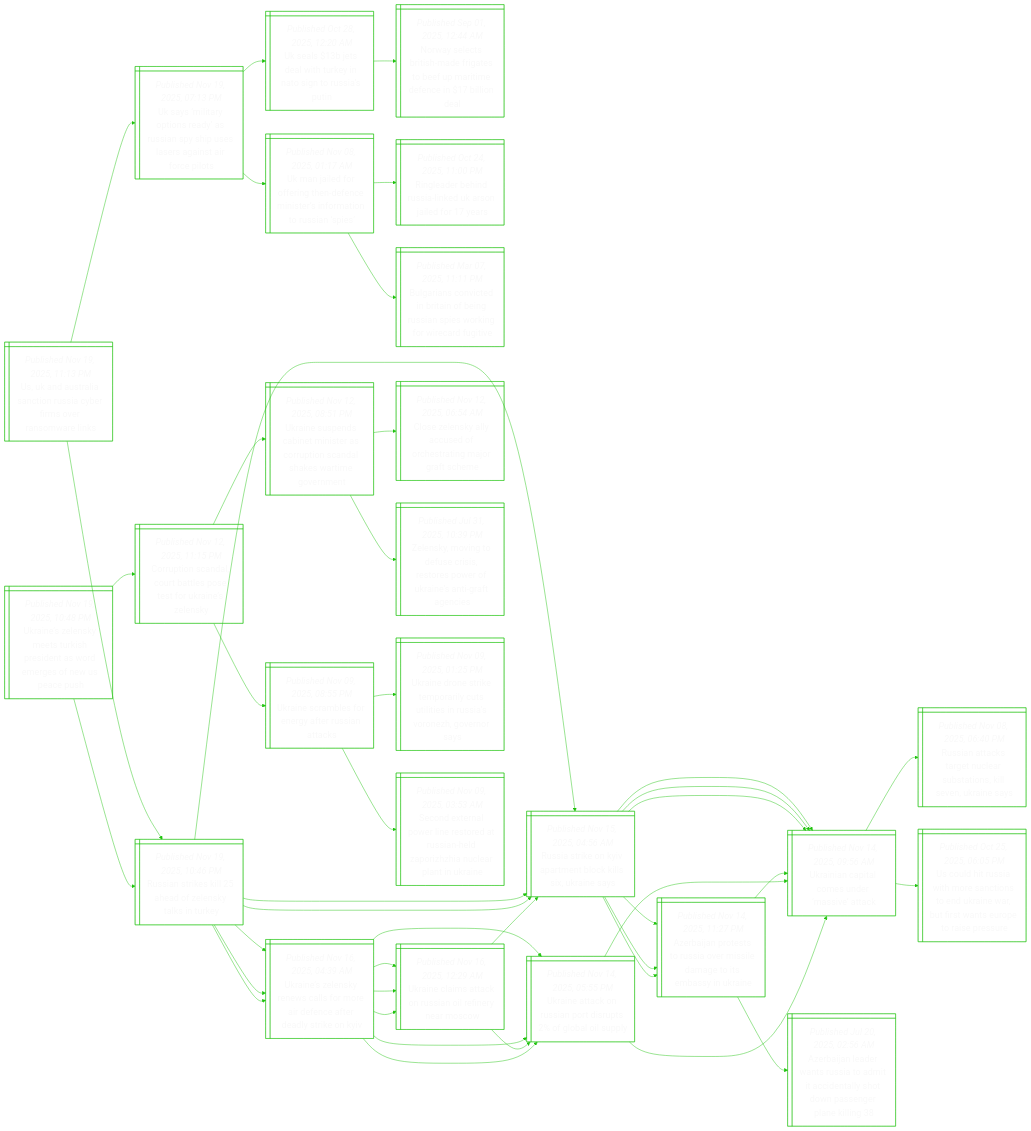
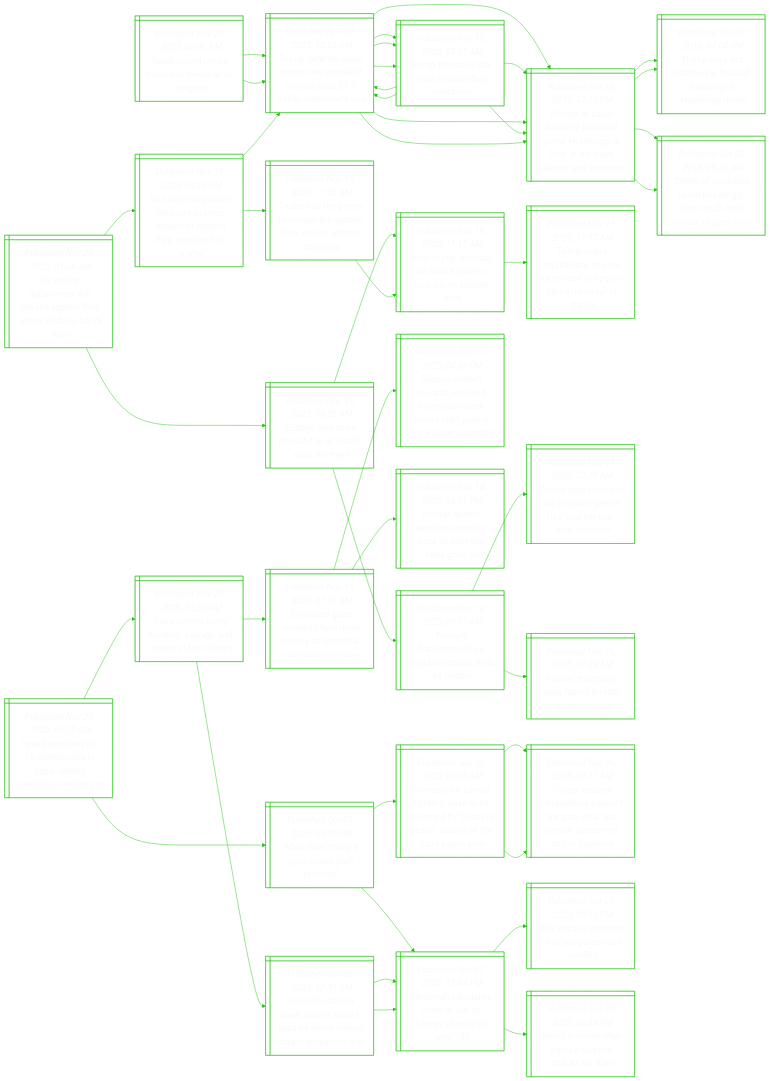
Before and after one commit to notJmes/notJmes: the diagram in README.md, drawn with Mermaid. The commit also changed other lines of this file, not shown here.

````diff
--- a/README.md
+++ b/README.md
@@ -16,139 +16,136 @@
 flowchart LR
 classDef txtsize font-size:20px;
 
-Untatucfoawi@{ shape: win-pane, label: "_Published Nov 19, 2025, 11:13 PM_
-Us, uk and australia sanction russia cyber firms over ransomware links" }
-Ustpsyssisriico@{ shape: win-pane, label: "_Published Nov 19, 2025, 07:13 PM_
-Uk says ‘military options ready’ as russian spy ship uses lasers against air force pilots" }
-UltlTytnsP@{ shape: win-pane, label: "_Published Oct 28, 2025, 12:20 AM_
-Uk seals $13b jets deal with turkey in nato sign to russia’s putin" }
-Nycimreemifile@{ shape: win-pane, label: "_Published Sep 01, 2025, 12:44 AM_
-Norway selects british-made frigates to beef up maritime defence in $17 billion deal" }
-UjdfnnnnroiRae@{ shape: win-pane, label: "_Published Nov 08, 2025, 01:17 AM_
-Uk man jailed for offering then-defence minister’s information to russian ‘spies’" }
-Rebdikajde@{ shape: win-pane, label: "_Published Oct 24, 2025, 11:00 PM_
-Ringleader behind russia-linked uk arson jailed for 17 years" }
-BrccnabRaekoefi@{ shape: win-pane, label: "_Published Mar 07, 2025, 11:11 PM_
-Bulgarians convicted in britain of being russian spies working for wirecard fugitive" }
-RaiieZslTy@{ shape: win-pane, label: "_Published Nov 19, 2025, 10:46 PM_
-Russian strikes kill 25 ahead of zelensky talks in turkey" }
-RakyanclUns@{ shape: win-pane, label: "_Published Nov 15, 2025, 04:56 AM_
-Russia strike on kyiv apartment block kills six, ukraine says" }
-Unalsrit@{ shape: win-pane, label: "_Published Nov 14, 2025, 09:56 AM_
-Ukrainian capital comes under ‘massive’ attack" }
-AapsRamlaibia@{ shape: win-pane, label: "_Published Nov 14, 2025, 11:27 PM_
-Azerbaijan protests to russia over missile damage to its embassy in ukraine" }
-Unlywlmiefesei@{ shape: win-pane, label: "_Published Nov 16, 2025, 04:39 AM_
-Ukraine’s zelensky renews calls for more air defence after deadly strike on kyiv" }
-Unitnilnes@{ shape: win-pane, label: "_Published Nov 16, 2025, 12:29 AM_
-Ukraine claims attack on russian oil refinery near moscow" }
-UnaRatufasy@{ shape: win-pane, label: "_Published Nov 14, 2025, 05:55 PM_
-Ukraine attack on russian port disrupts 2% of global oil supply" }
+ScpeerlSr@{ shape: win-pane, label: "_Published Nov 20, 2025, 02:08 AM_
+Saudi crown prince hosted at friendlier us congress" }
+Tdddnersdiinst@{ shape: win-pane, label: "_Published Nov 19, 2025, 12:28 AM_
+Trump defends saudi prince over journalist murder, hails $1.3 trillion investment vow" }
+Mrusnrsasikeprsc@{ shape: win-pane, label: "_Published Oct 20, 2018, 12:23 PM_
+Murder of saudi dissident journalist jamal khashoggi: a look at the main players and suspects" }
+TsoidShiKoe@{ shape: win-pane, label: "_Published Oct 21, 2018, 04:04 AM_
+Trump says not satisfied with saudi handling of khashoggi death" }
+DorsasiSriepi@{ shape: win-pane, label: "_Published Oct 20, 2018, 08:46 AM_
+Death of journalist jamal khashoggi: from saudi royal insider to open critic" }
+TttBsailn@{ shape: win-pane, label: "_Published Nov 19, 2025, 05:25 AM_
+Trump threatens abc news in oval office meltdown" }
+Mrusnrsasikeprsc@{ shape: win-pane, label: "_Published Oct 20, 2018, 12:23 PM_
+Murder of saudi dissident journalist jamal khashoggi: a look at the main players and suspects" }
+Tdddnersdiinst@{ shape: win-pane, label: "_Published Nov 19, 2025, 12:28 AM_
+Trump defends saudi prince over journalist murder, hails $1.3 trillion investment vow" }
+Tdddnersdiinst@{ shape: win-pane, label: "_Published Nov 19, 2025, 12:28 AM_
+Trump defends saudi prince over journalist murder, hails $1.3 trillion investment vow" }
+Mrusnrsasikeprsc@{ shape: win-pane, label: "_Published Oct 20, 2018, 12:23 PM_
+Murder of saudi dissident journalist jamal khashoggi: a look at the main players and suspects" }
+TsoidShiKoe@{ shape: win-pane, label: "_Published Oct 21, 2018, 04:04 AM_
+Trump says not satisfied with saudi handling of khashoggi death" }
+DorsasiSriepi@{ shape: win-pane, label: "_Published Oct 20, 2018, 08:46 AM_
+Death of journalist jamal khashoggi: from saudi royal insider to open critic" }
+TttBsailn@{ shape: win-pane, label: "_Published Nov 19, 2025, 05:25 AM_
+Trump threatens abc news in oval office meltdown" }
+Mrusnrsasikeprsc@{ shape: win-pane, label: "_Published Oct 20, 2018, 12:23 PM_
+Murder of saudi dissident journalist jamal khashoggi: a look at the main players and suspects" }
+Tdddnersdiinst@{ shape: win-pane, label: "_Published Nov 19, 2025, 12:28 AM_
+Trump defends saudi prince over journalist murder, hails $1.3 trillion investment vow" }
 
-Untatucfoawi:::txtsize --> Ustpsyssisriico:::txtsize
-Ustpsyssisriico:::txtsize --> UltlTytnsP:::txtsize
-UltlTytnsP:::txtsize --> Nycimreemifile:::txtsize
-Ustpsyssisriico:::txtsize --> UjdfnnnnroiRae:::txtsize
-UjdfnnnnroiRae:::txtsize --> Rebdikajde:::txtsize
-UjdfnnnnroiRae:::txtsize --> BrccnabRaekoefi:::txtsize
-Untatucfoawi:::txtsize --> RaiieZslTy:::txtsize
-RaiieZslTy:::txtsize --> RakyanclUns:::txtsize
-RakyanclUns:::txtsize --> Unalsrit:::txtsize
-RakyanclUns:::txtsize --> AapsRamlaibia:::txtsize
-RaiieZslTy:::txtsize --> Unlywlmiefesei:::txtsize
-Unlywlmiefesei:::txtsize --> Unitnilnes:::txtsize
-Unlywlmiefesei:::txtsize --> UnaRatufasy:::txtsize
+ScpeerlSr:::txtsize --> Tdddnersdiinst:::txtsize
+Tdddnersdiinst:::txtsize --> Mrusnrsasikeprsc:::txtsize
+Mrusnrsasikeprsc:::txtsize --> TsoidShiKoe:::txtsize
+Mrusnrsasikeprsc:::txtsize --> DorsasiSriepi:::txtsize
+Tdddnersdiinst:::txtsize --> TttBsailn:::txtsize
+TttBsailn:::txtsize --> Mrusnrsasikeprsc:::txtsize
+TttBsailn:::txtsize --> Tdddnersdiinst:::txtsize
+ScpeerlSr:::txtsize --> Tdddnersdiinst:::txtsize
+Tdddnersdiinst:::txtsize --> Mrusnrsasikeprsc:::txtsize
+Mrusnrsasikeprsc:::txtsize --> TsoidShiKoe:::txtsize
+Mrusnrsasikeprsc:::txtsize --> DorsasiSriepi:::txtsize
+Tdddnersdiinst:::txtsize --> TttBsailn:::txtsize
+TttBsailn:::txtsize --> Mrusnrsasikeprsc:::txtsize
+TttBsailn:::txtsize --> Tdddnersdiinst:::txtsize
 
-UnlysienoeoUch@{ shape: win-pane, label: "_Published Nov 19, 2025, 10:48 PM_
-Ukraine’s zelensky meets turkish president as word emerges of new us peace push" }
-RaiieZslTy@{ shape: win-pane, label: "_Published Nov 19, 2025, 10:46 PM_
-Russian strikes kill 25 ahead of zelensky talks in turkey" }
-RakyanclUns@{ shape: win-pane, label: "_Published Nov 15, 2025, 04:56 AM_
-Russia strike on kyiv apartment block kills six, ukraine says" }
-Unalsrit@{ shape: win-pane, label: "_Published Nov 14, 2025, 09:56 AM_
-Ukrainian capital comes under ‘massive’ attack" }
-AapsRamlaibia@{ shape: win-pane, label: "_Published Nov 14, 2025, 11:27 PM_
-Azerbaijan protests to russia over missile damage to its embassy in ukraine" }
-Unlywlmiefesei@{ shape: win-pane, label: "_Published Nov 16, 2025, 04:39 AM_
-Ukraine’s zelensky renews calls for more air defence after deadly strike on kyiv" }
-Unitnilnes@{ shape: win-pane, label: "_Published Nov 16, 2025, 12:29 AM_
-Ukraine claims attack on russian oil refinery near moscow" }
-UnaRatufasy@{ shape: win-pane, label: "_Published Nov 14, 2025, 05:55 PM_
-Ukraine attack on russian port disrupts 2% of global oil supply" }
-CpsartosUnly@{ shape: win-pane, label: "_Published Nov 12, 2025, 11:15 PM_
-Corruption scandal, court battles pose test for ukraine’s zelensky" }
-UnpCeiaronhwmen@{ shape: win-pane, label: "_Published Nov 12, 2025, 08:51 PM_
-Ukraine suspends cabinet minister as corruption scandal shakes wartime government" }
-CZslufetarc@{ shape: win-pane, label: "_Published Nov 12, 2025, 06:54 AM_
-Close zelensky ally accused of orchestrating major graft scheme" }
-Zsvossssrrsgai@{ shape: win-pane, label: "_Published Jul 31, 2025, 10:39 PM_
-Zelensky, moving to defuse crisis, restores power of ukraine’s anti-graft agencies" }
-UnasnaRaa@{ shape: win-pane, label: "_Published Nov 09, 2025, 08:55 PM_
-Ukraine scrambles for energy after russian attacks" }
-Unnimruieusnoos@{ shape: win-pane, label: "_Published Nov 09, 2025, 01:25 PM_
-Ukraine drone strike temporarily cuts utilities in russia’s voronezh, governor says" }
-SdroisdshazaeaUn@{ shape: win-pane, label: "_Published Nov 09, 2025, 03:53 AM_
-Second external power line restored at russian-held zaporizhzhia nuclear plant in ukraine" }
+UtemilEiehyds@{ shape: win-pane, label: "_Published Nov 20, 2025, 01:38 AM_
+Us justice department will release epstein files within 30 days, bondi says" }
+Eieeaobhe@{ shape: win-pane, label: "_Published Nov 19, 2025, 08:35 AM_
+Epstein files to be released to us public: what are they?" }
+ATrsHpsaEie@{ shape: win-pane, label: "_Published Nov 18, 2025, 11:15 AM_
+After trump reversal, us house pushes forward on epstein vote" }
+TuRlstrspnsvla@{ shape: win-pane, label: "_Published Nov 17, 2025, 11:57 AM_
+Trump urges republicans to vote for release of epstein files in reversal of stance" }
+TskeMewtco@{ shape: win-pane, label: "_Published Nov 18, 2025, 09:15 AM_
+Trump’s frankenstein? us maga meltdown tests its creator" }
+TsialjGeorfri@{ shape: win-pane, label: "_Published Nov 11, 2025, 07:29 AM_
+Trump says firebrand ally marjorie greene has ‘lost her way’ after criticism" }
+Frpsattly@{ shape: win-pane, label: "_Published Nov 16, 2025, 07:29 AM_
+Former trump ally says facing threats ‘fuelled’ by him" }
+Ugpsufrspnsitm@{ shape: win-pane, label: "_Published Nov 19, 2025, 04:23 AM_
+Us congress passes measure to force release of epstein files, sending it to trump" }
+Therltsfwrons@{ shape: win-pane, label: "_Published Nov 18, 2025, 11:55 AM_
+Trump has the power to release the epstein files, with or without congress" }
+ATrsHpsaEie@{ shape: win-pane, label: "_Published Nov 18, 2025, 11:15 AM_
+After trump reversal, us house pushes forward on epstein vote" }
+Tdddnersdiinst@{ shape: win-pane, label: "_Published Nov 19, 2025, 12:28 AM_
+Trump defends saudi prince over journalist murder, hails $1.3 trillion investment vow" }
+Mrusnrsasikeprsc@{ shape: win-pane, label: "_Published Oct 20, 2018, 12:23 PM_
+Murder of saudi dissident journalist jamal khashoggi: a look at the main players and suspects" }
+TttBsailn@{ shape: win-pane, label: "_Published Nov 19, 2025, 05:25 AM_
+Trump threatens abc news in oval office meltdown" }
 
-UnlysienoeoUch:::txtsize --> RaiieZslTy:::txtsize
-RaiieZslTy:::txtsize --> RakyanclUns:::txtsize
-RakyanclUns:::txtsize --> Unalsrit:::txtsize
-RakyanclUns:::txtsize --> AapsRamlaibia:::txtsize
-RaiieZslTy:::txtsize --> Unlywlmiefesei:::txtsize
-Unlywlmiefesei:::txtsize --> Unitnilnes:::txtsize
-Unlywlmiefesei:::txtsize --> UnaRatufasy:::txtsize
-UnlysienoeoUch:::txtsize --> CpsartosUnly:::txtsize
-CpsartosUnly:::txtsize --> UnpCeiaronhwmen:::txtsize
-UnpCeiaronhwmen:::txtsize --> CZslufetarc:::txtsize
-UnpCeiaronhwmen:::txtsize --> Zsvossssrrsgai:::txtsize
-CpsartosUnly:::txtsize --> UnasnaRaa:::txtsize
-UnasnaRaa:::txtsize --> Unnimruieusnoos:::txtsize
-UnasnaRaa:::txtsize --> SdroisdshazaeaUn:::txtsize
+UtemilEiehyds:::txtsize --> Eieeaobhe:::txtsize
+Eieeaobhe:::txtsize --> ATrsHpsaEie:::txtsize
+ATrsHpsaEie:::txtsize --> TuRlstrspnsvla:::txtsize
+Eieeaobhe:::txtsize --> TskeMewtco:::txtsize
+TskeMewtco:::txtsize --> TsialjGeorfri:::txtsize
+TskeMewtco:::txtsize --> Frpsattly:::txtsize
+UtemilEiehyds:::txtsize --> Ugpsufrspnsitm:::txtsize
+Ugpsufrspnsitm:::txtsize --> Therltsfwrons:::txtsize
+Therltsfwrons:::txtsize --> ATrsHpsaEie:::txtsize
+Ugpsufrspnsitm:::txtsize --> Tdddnersdiinst:::txtsize
+Tdddnersdiinst:::txtsize --> Mrusnrsasikeprsc:::txtsize
+Tdddnersdiinst:::txtsize --> TttBsailn:::txtsize
 
-RaiieZslTy@{ shape: win-pane, label: "_Published Nov 19, 2025, 10:46 PM_
-Russian strikes kill 25 ahead of zelensky talks in turkey" }
-RakyanclUns@{ shape: win-pane, label: "_Published Nov 15, 2025, 04:56 AM_
-Russia strike on kyiv apartment block kills six, ukraine says" }
-Unalsrit@{ shape: win-pane, label: "_Published Nov 14, 2025, 09:56 AM_
-Ukrainian capital comes under ‘massive’ attack" }
-Raaanasoleaa@{ shape: win-pane, label: "_Published Nov 08, 2025, 06:40 PM_
-Russian attacks target nuclear substations, kill seven, ukraine says" }
-UlRamaoerwttsparr@{ shape: win-pane, label: "_Published Oct 25, 2025, 06:05 PM_
-Us could hit russia with more sanctions to end ukraine war, but first wants europe to raise pressure" }
-AapsRamlaibia@{ shape: win-pane, label: "_Published Nov 14, 2025, 11:27 PM_
-Azerbaijan protests to russia over missile damage to its embassy in ukraine" }
-Unalsrit@{ shape: win-pane, label: "_Published Nov 14, 2025, 09:56 AM_
-Ukrainian capital comes under ‘massive’ attack" }
-Aalrsidtdlonepkn@{ shape: win-pane, label: "_Published Jul 20, 2025, 02:56 AM_
-Azerbaijan leader wants russia to admit it accidentally shot down passenger plane killing 38" }
-Unlywlmiefesei@{ shape: win-pane, label: "_Published Nov 16, 2025, 04:39 AM_
-Ukraine’s zelensky renews calls for more air defence after deadly strike on kyiv" }
-Unitnilnes@{ shape: win-pane, label: "_Published Nov 16, 2025, 12:29 AM_
-Ukraine claims attack on russian oil refinery near moscow" }
-RakyanclUns@{ shape: win-pane, label: "_Published Nov 15, 2025, 04:56 AM_
-Russia strike on kyiv apartment block kills six, ukraine says" }
-UnaRatufasy@{ shape: win-pane, label: "_Published Nov 14, 2025, 05:55 PM_
-Ukraine attack on russian port disrupts 2% of global oil supply" }
-UnaRatufasy@{ shape: win-pane, label: "_Published Nov 14, 2025, 05:55 PM_
-Ukraine attack on russian port disrupts 2% of global oil supply" }
-Unalsrit@{ shape: win-pane, label: "_Published Nov 14, 2025, 09:56 AM_
-Ukrainian capital comes under ‘massive’ attack" }
-Unalsrit@{ shape: win-pane, label: "_Published Nov 14, 2025, 09:56 AM_
-Ukrainian capital comes under ‘massive’ attack" }
+IlselsaGansec@{ shape: win-pane, label: "_Published Nov 20, 2025, 01:13 AM_
+Israeli airstrikes kill 10 palestinians in gaza, rattling ceasefire, medics say" }
+Wouaaam@{ shape: win-pane, label: "_Published Oct 09, 2025, 05:50 PM_
+What does trump’s gaza peace plan promise?" }
+AtHfezerydatoGel@{ shape: win-pane, label: "_Published Sep 30, 2025, 06:45 AM_
+Amnesty for hamas fighters, gaza to be governed by ‘board of peace’: details of the gaza peace plan" }
+Tseaupoabmrnluo@{ shape: win-pane, label: "_Published Sep 30, 2025, 12:11 AM_
+Trump secures netanyahu’s support for gaza deal, but hamas’ agreement still in question" }
+Tseaupoabmrnluo@{ shape: win-pane, label: "_Published Sep 30, 2025, 12:11 AM_
+Trump secures netanyahu’s support for gaza deal, but hamas’ agreement still in question" }
+NyeeawHakl@{ shape: win-pane, label: "_Published Oct 07, 2023, 12:04 PM_
+Netanyahu declares israel at war as hamas attacks kill over 100" }
+WzptIleint@{ shape: win-pane, label: "_Published Oct 07, 2023, 05:15 PM_
+Why gaza is epicentre of israeli-palestinian conflict" }
+Wiceapaks@{ shape: win-pane, label: "_Published Oct 07, 2023, 06:44 PM_
+World in shock after hamas surprise attacks on israel" }
+Gtbfiwneta@{ shape: win-pane, label: "_Published Nov 20, 2025, 12:33 AM_
+Gaza storms bring flooding, sewage and misery in tent camps" }
+Daastemyriihc@{ shape: win-pane, label: "_Published Nov 16, 2025, 07:59 AM_
+Displaced gaza residents face more misery as torrential rain lashes enclave" }
+Gsaardsrfsticese@{ shape: win-pane, label: "_Published Oct 10, 2025, 04:58 PM_
+Gazans stream towards wrecked homes as israeli forces start pulling back under ceasefire" }
+HqlssrGswli@{ shape: win-pane, label: "_Published Nov 14, 2025, 04:01 PM_
+Hamas quietly reasserts control in gaza as post-war talks grind on" }
+Sbsrcdnacaale@{ shape: win-pane, label: "_Published Oct 08, 2023, 12:45 AM_
+‘sea of bodies’ in israel, scores dead in gaza as shock hamas attack unleashes war" }
+NyeeawHakl@{ shape: win-pane, label: "_Published Oct 07, 2023, 12:04 PM_
+Netanyahu declares israel at war as hamas attacks kill over 100" }
+NyeeawHakl@{ shape: win-pane, label: "_Published Oct 07, 2023, 12:04 PM_
+Netanyahu declares israel at war as hamas attacks kill over 100" }
 
-RaiieZslTy:::txtsize --> RakyanclUns:::txtsize
-RakyanclUns:::txtsize --> Unalsrit:::txtsize
-Unalsrit:::txtsize --> Raaanasoleaa:::txtsize
-Unalsrit:::txtsize --> UlRamaoerwttsparr:::txtsize
-RakyanclUns:::txtsize --> AapsRamlaibia:::txtsize
-AapsRamlaibia:::txtsize --> Unalsrit:::txtsize
-AapsRamlaibia:::txtsize --> Aalrsidtdlonepkn:::txtsize
-RaiieZslTy:::txtsize --> Unlywlmiefesei:::txtsize
-Unlywlmiefesei:::txtsize --> Unitnilnes:::txtsize
-Unitnilnes:::txtsize --> RakyanclUns:::txtsize
-Unitnilnes:::txtsize --> UnaRatufasy:::txtsize
-Unlywlmiefesei:::txtsize --> UnaRatufasy:::txtsize
-UnaRatufasy:::txtsize --> Unalsrit:::txtsize
-UnaRatufasy:::txtsize --> Unalsrit:::txtsize
+IlselsaGansec:::txtsize --> Wouaaam:::txtsize
+Wouaaam:::txtsize --> AtHfezerydatoGel:::txtsize
+AtHfezerydatoGel:::txtsize --> Tseaupoabmrnluo:::txtsize
+AtHfezerydatoGel:::txtsize --> Tseaupoabmrnluo:::txtsize
+Wouaaam:::txtsize --> NyeeawHakl:::txtsize
+NyeeawHakl:::txtsize --> WzptIleint:::txtsize
+NyeeawHakl:::txtsize --> Wiceapaks:::txtsize
+IlselsaGansec:::txtsize --> Gtbfiwneta:::txtsize
+Gtbfiwneta:::txtsize --> Daastemyriihc:::txtsize
+Daastemyriihc:::txtsize --> Gsaardsrfsticese:::txtsize
+Daastemyriihc:::txtsize --> HqlssrGswli:::txtsize
+Gtbfiwneta:::txtsize --> Sbsrcdnacaale:::txtsize
+Sbsrcdnacaale:::txtsize --> NyeeawHakl:::txtsize
+Sbsrcdnacaale:::txtsize --> NyeeawHakl:::txtsize
 
 ```
````
